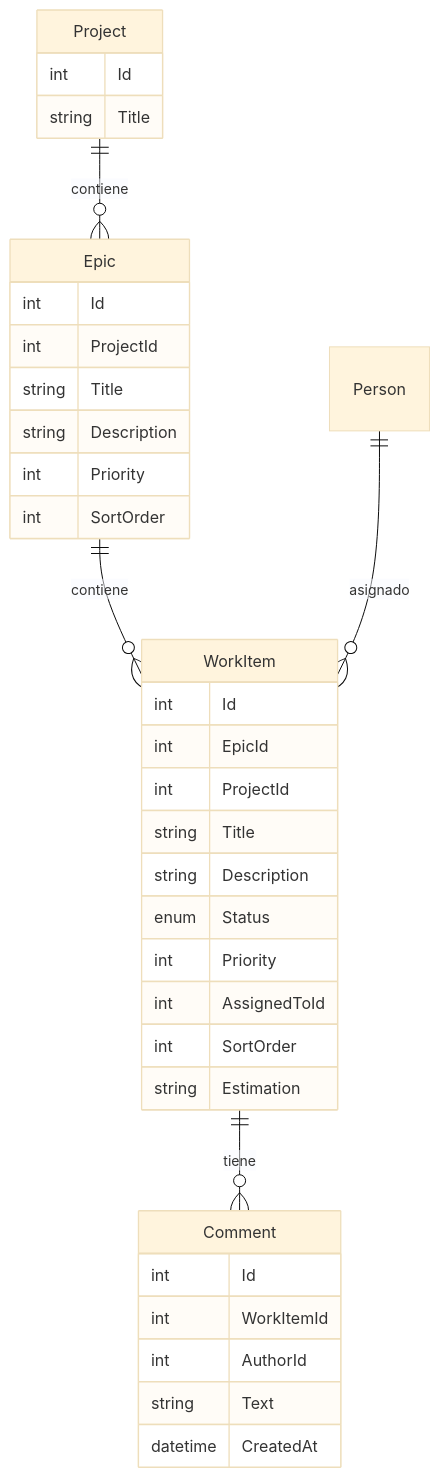
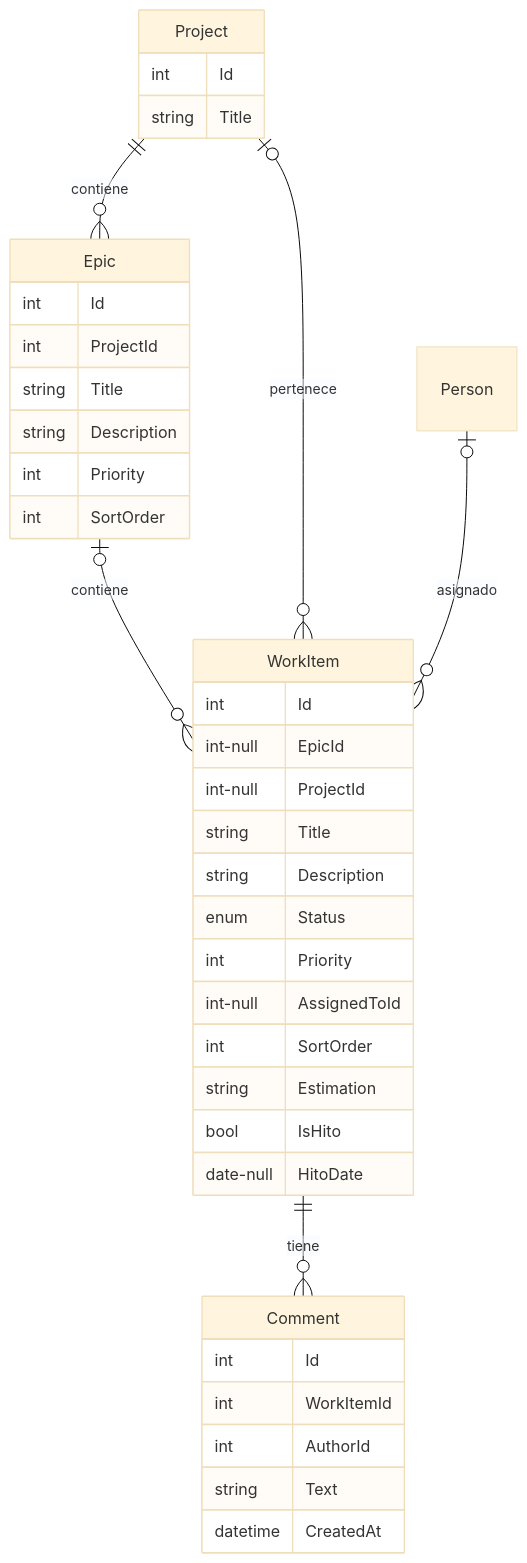
The diagram in docs/04-epicas-tareas-backlog.md (angellvl-umh/cartera-proyectos), drawn with Mermaid (base theme) before and after one commit. The commit also changed other lines of this file and 60 other files, not shown here.

````diff
--- a/docs/04-epicas-tareas-backlog.md
+++ b/docs/04-epicas-tareas-backlog.md
@@ -9,38 +11,41 @@
 ```mermaid
 erDiagram
     Project ||--o{ Epic : contiene
-    Epic ||--o{ WorkItem : contiene
-    Person ||--o{ WorkItem : asignado
+    Epic |o--o{ WorkItem : contiene
+    Project |o--o{ WorkItem : pertenece
+    Person |o--o{ WorkItem : asignado
     WorkItem ||--o{ Comment : tiene
     Project {
         int Id
         string Title
     }
     Epic {
         int Id
         int ProjectId
         string Title
         string Description
         int Priority
         int SortOrder
     }
     WorkItem {
         int Id
-        int EpicId
-        int ProjectId
+        int-null EpicId
+        int-null ProjectId
         string Title
         string Description
         enum Status
         int Priority
-        int AssignedToId
+        int-null AssignedToId
         int SortOrder
         string Estimation
+        bool IsHito
+        date-null HitoDate
     }
     Comment {
         int Id
         int WorkItemId
         int AuthorId
         string Text
         datetime CreatedAt
     }
 ```
````
